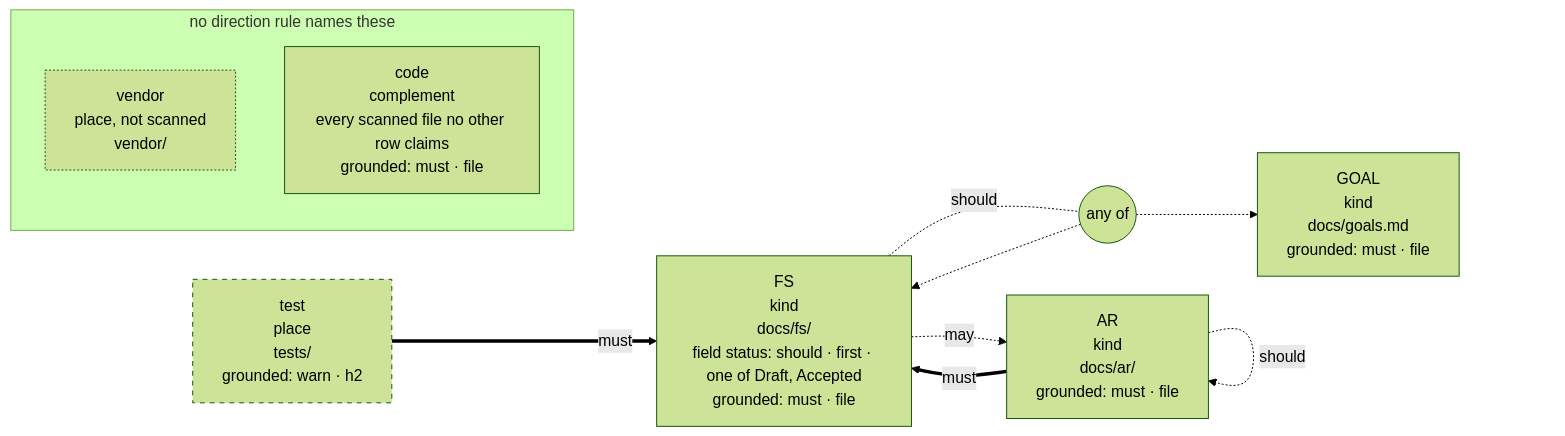
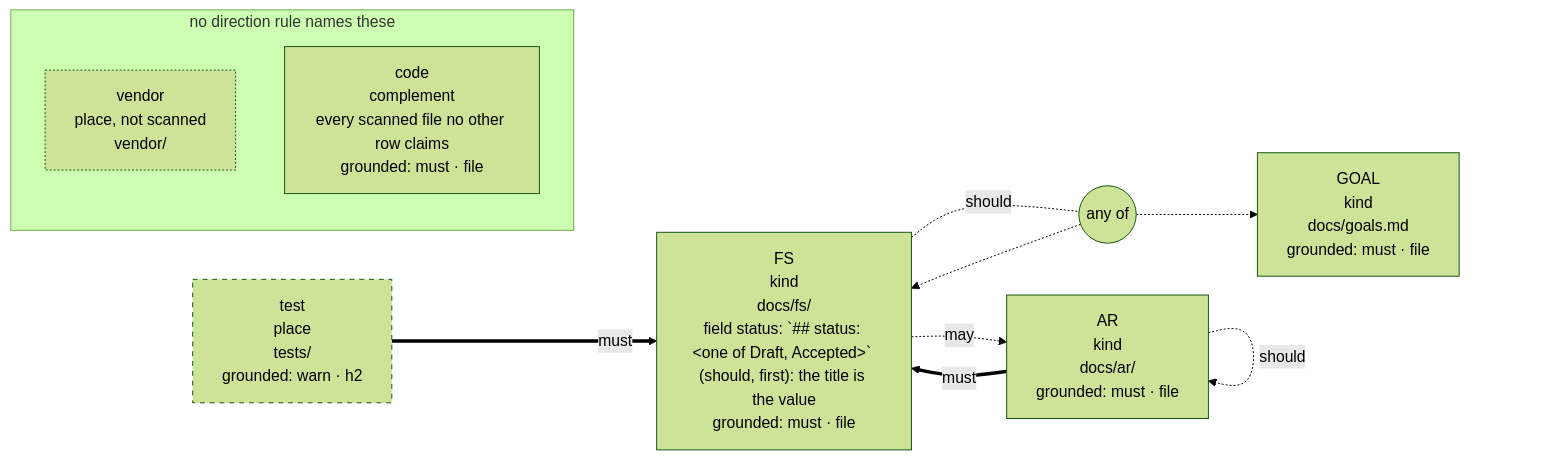
The diagram in docs/user-facing/schema.md (agent-grounds/grund), drawn with Mermaid (forest theme) before and after one commit. The commit also changed other lines of this file and 162 other files, not shown here.

````diff
--- a/docs/user-facing/schema.md
+++ b/docs/user-facing/schema.md
@@ -116,27 +135,27 @@
 ```mermaid
 flowchart LR
   %% example · grund.toml · v2
   %% must = check error · warn = check warning · should = suggestion (check --suggestions)
   %% may = allowed · must not / warn not / should not = forbidden at that strength
   %% any of = one obligation, met by citing any one of its arrows
   classDef place stroke-dasharray:5 5
   classDef unscanned stroke-dasharray:2 2
   n0["GOAL<br/>kind<br/>docs/goals.md<br/>grounded: must · file"]
-  n1["FS<br/>kind<br/>docs/fs/<br/>field status: should · first · one of Draft, Accepted<br/>grounded: must · file"]
+  n1["FS<br/>kind<br/>docs/fs/<br/>field status: `## status: #lt;one of Draft, Accepted#gt;` (should, first): the title is the value<br/>grounded: must · file"]
   n2["AR<br/>kind<br/>docs/ar/<br/>grounded: must · file"]
   n3["test<br/>place<br/>tests/<br/>grounded: warn · h2"]
   j0(("any of"))
   subgraph unruled["no direction rule names these"]
     n4["vendor<br/>place, not scanned<br/>vendor/"]
     n5["code<br/>complement<br/>every scanned file no other row claims<br/>grounded: must · file"]
   end
   class n3 place
   class n4 unscanned
   n1 -. should .- j0
   j0 -.-> n0
   j0 -.-> n1
   n1 -. may .-> n2
   n2 == must ==> n1
   n2 -. should .-> n2
   n3 == must ==> n1
 ```
````
